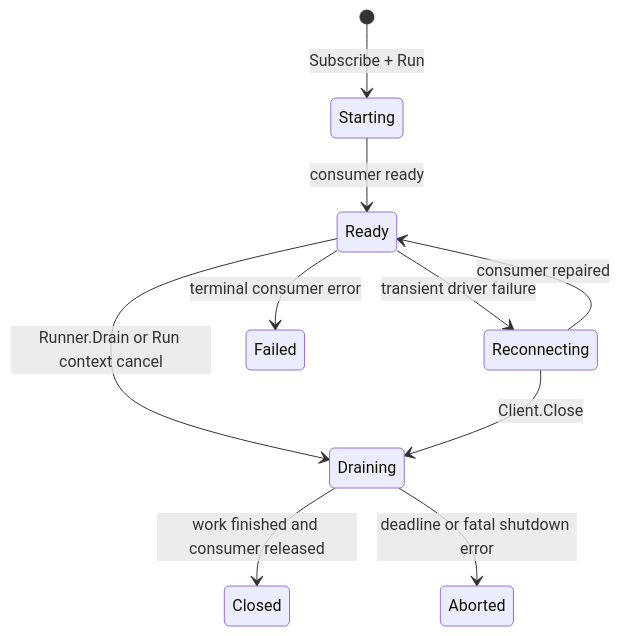
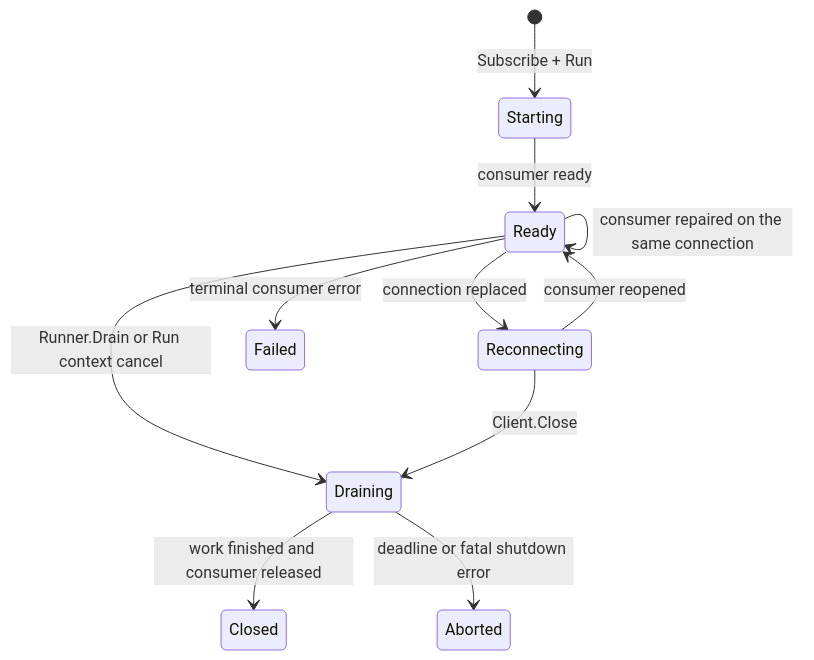
One commit to bktrung/edm_sdk changed the first of 2 diagrams in docs/advanced-topics/lifecycle-and-shutdown.md. Above: the diagram before and after it, drawn with Mermaid. The commit also changed other lines of this file and 139 other files, not shown here.

````diff
--- a/docs/advanced-topics/lifecycle-and-shutdown.md
+++ b/docs/advanced-topics/lifecycle-and-shutdown.md
@@ -9,12 +9,13 @@
 ```mermaid
 stateDiagram-v2
     [*] --> Starting: Subscribe + Run
     Starting --> Ready: consumer ready
-    Ready --> Reconnecting: transient driver failure
-    Reconnecting --> Ready: consumer repaired
+    Ready --> Ready: consumer repaired on the same connection
+    Ready --> Reconnecting: connection replaced
+    Reconnecting --> Ready: consumer reopened
     Ready --> Draining: Runner.Drain or Run context cancel
     Reconnecting --> Draining: Client.Close
     Draining --> Closed: work finished and consumer released
     Draining --> Aborted: deadline or fatal shutdown error
     Ready --> Failed: terminal consumer error
 ```
````
